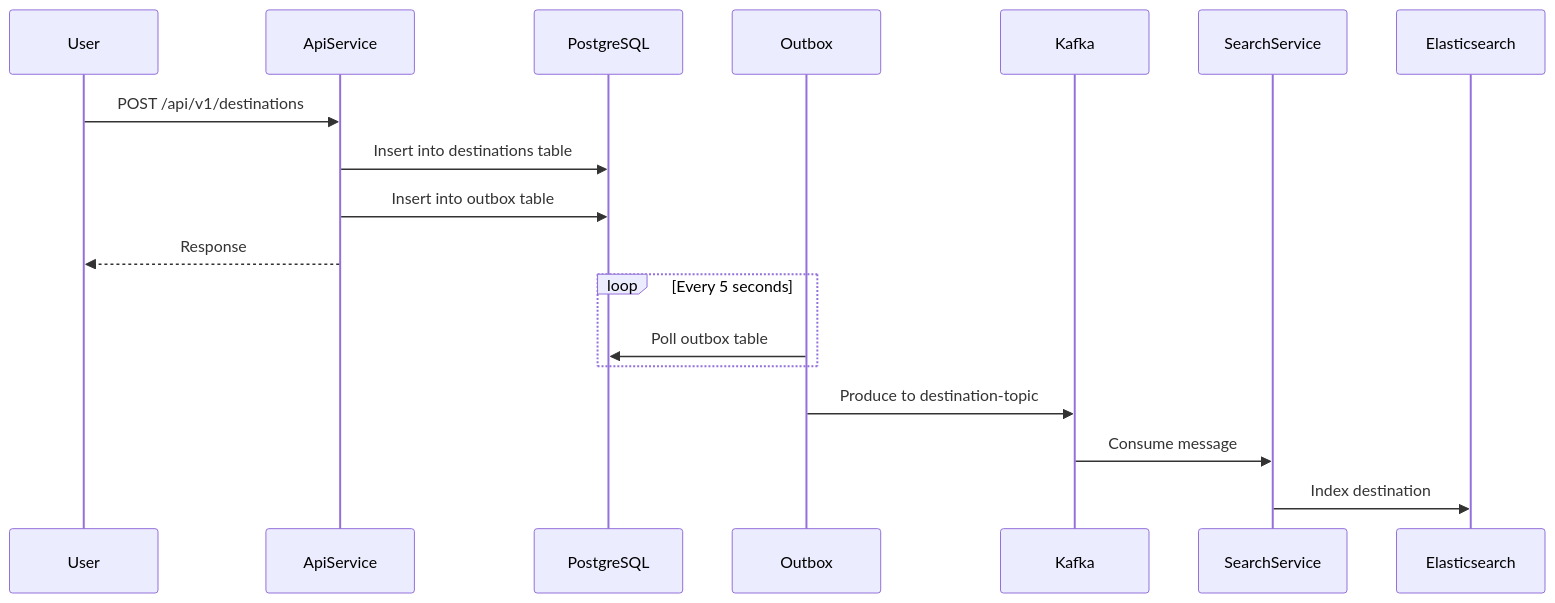
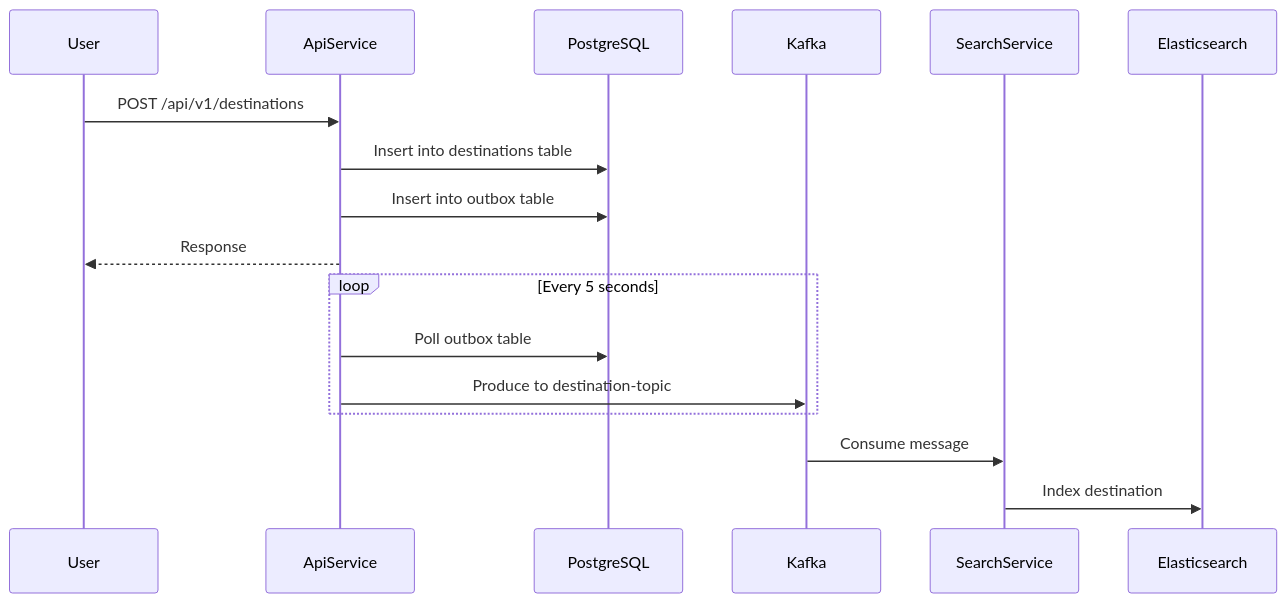
The diagram in public/projects/1.Tourist_project.md (minhngo248/minhngo248.github.io), drawn with Mermaid before and after one commit. The commit also changed other lines of this file and 4 other files, not shown here.

````diff
--- a/public/projects/1.Tourist_project.md
+++ b/public/projects/1.Tourist_project.md
@@ -38,23 +50,22 @@
 ```mermaid
 sequenceDiagram
     participant User
     participant ApiService
     participant DB as PostgreSQL
-    participant Outbox
     participant Kafka
     participant SearchService
     participant ES as Elasticsearch
 
     User->>ApiService: POST /api/v1/destinations
     ApiService->>DB: Insert into destinations table
     ApiService->>DB: Insert into outbox table
     ApiService-->>User: Response
     
     loop Every 5 seconds
-        Outbox->>DB: Poll outbox table
+        ApiService->>DB: Poll outbox table
+        ApiService->>Kafka: Produce to destination-topic
     end
     
-    Outbox->>Kafka: Produce to destination-topic
     Kafka->>SearchService: Consume message
     SearchService->>ES: Index destination
 ```
````
